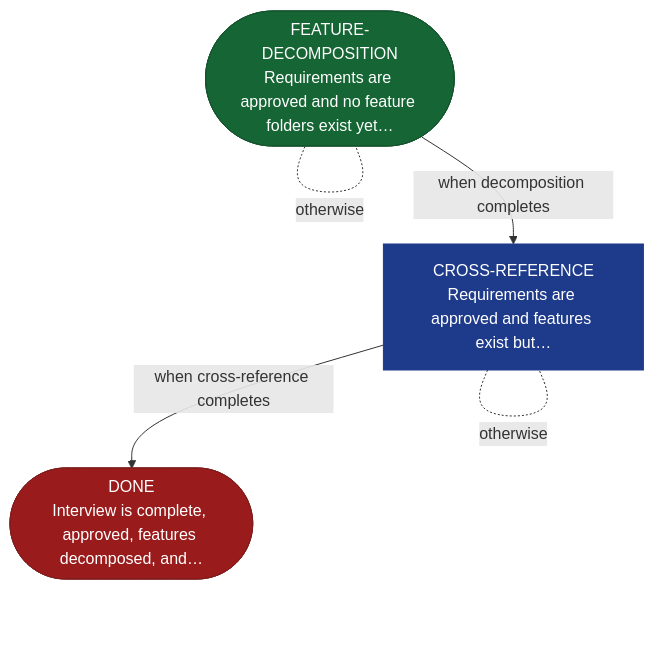
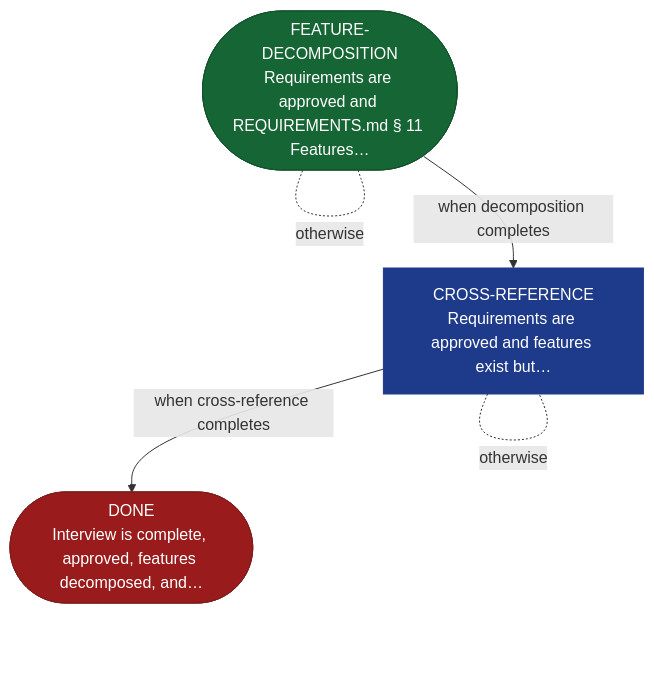
One commit to AndreVianna/aid-methodology changed the diagram in site/src/content/docs/skills/aid-define.md. Above: the diagram before and after it, drawn with Mermaid. The commit also changed other lines of this file and 90 other files, not shown here.

````diff
--- a/site/src/content/docs/skills/aid-define.md
+++ b/site/src/content/docs/skills/aid-define.md
@@ -20,22 +20,22 @@
 ```mermaid
 flowchart TB
   classDef aidNode color:#fff
   classDef aidEntry fill:#166534,stroke:#14532d,color:#fff
   classDef aidExit fill:#991b1b,stroke:#7f1d1d,color:#fff
   classDef aidDecision fill:#92400e,stroke:#78350f,color:#fff
   classDef aidLoopBack fill:#1e3a8a,stroke:#1e3a8a,color:#fff
   classDef aidStep fill:#1a2035,stroke:#d4a853,color:#f1f5f9
-  n1(["FEATURE-DECOMPOSITION<br/>Requirements are approved and no feature folders exist yet…"])
+  n1(["FEATURE-DECOMPOSITION<br/>Requirements are approved and REQUIREMENTS.md § 11 Features…"])
   n2["CROSS-REFERENCE<br/>Requirements are approved and features exist but…"]
   n3(["DONE<br/>Interview is complete, approved, features decomposed, and…"])
   n1 -. "otherwise" .- n1
   n1 -->|"when decomposition completes"| n2
   n2 -. "otherwise" .- n2
   n2 -->|"when cross-reference completes"| n3
   class n1 aidEntry
   class n2 aidLoopBack
   class n3 aidExit
   class n1 aidNode
   class n2 aidNode
   class n3 aidNode
 ```
````
